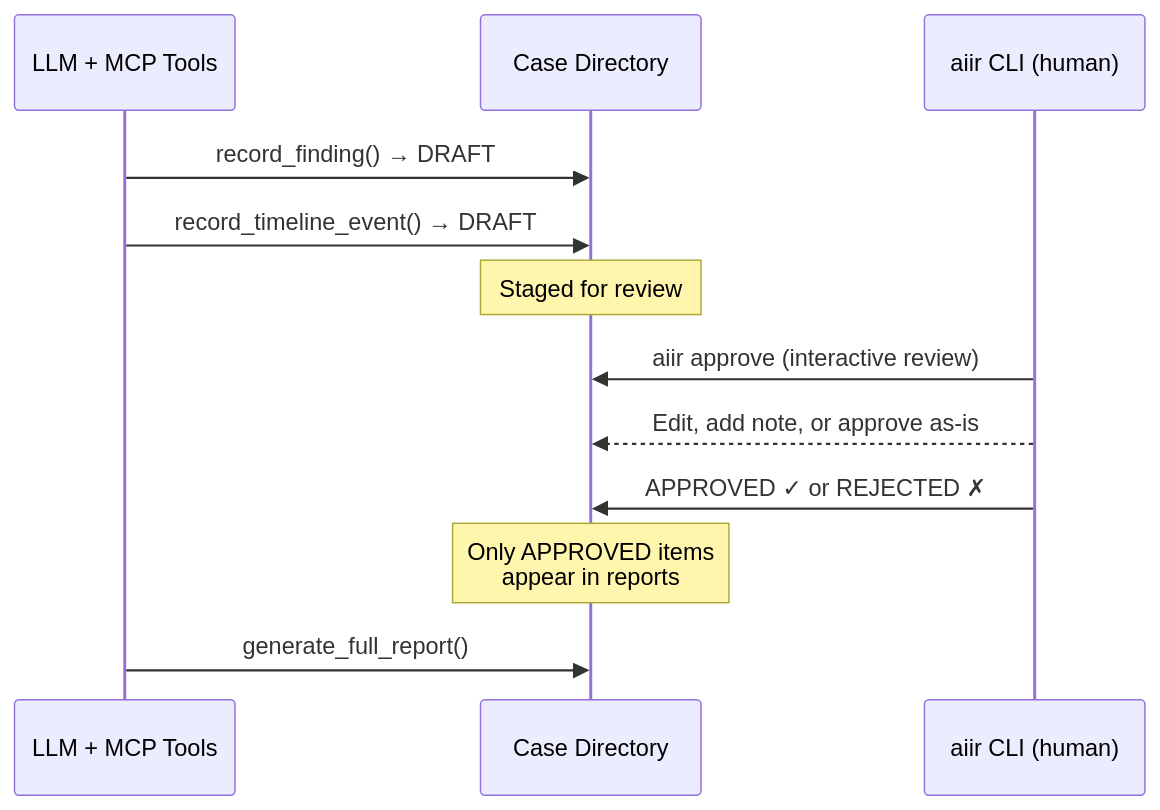
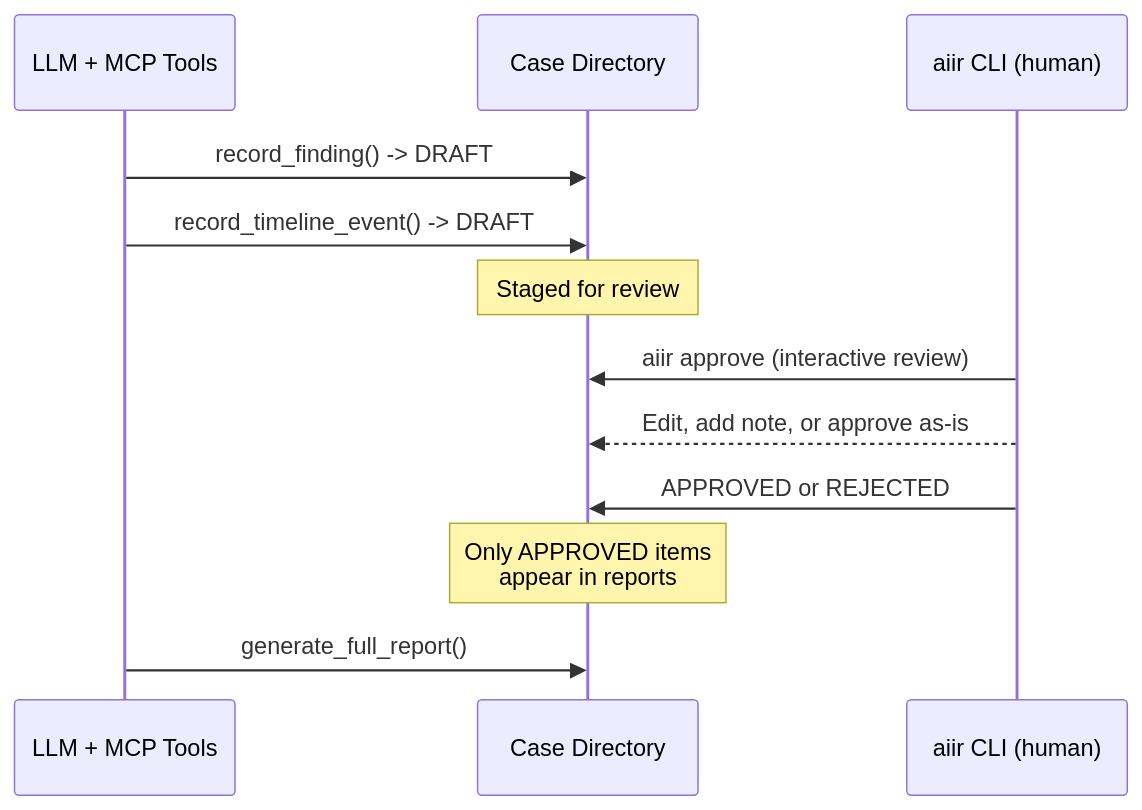
Before and after one commit to AppliedIR/aiir: the fifth of 5 diagrams in README.md, drawn with Mermaid. The commit also changed other lines of this file and 1 other file, not shown here.

Commit message:
rewrite README and update ARCHITECTURE.md with cross-repo review fixes

````diff
--- a/README.md
+++ b/README.md
@@ -200,17 +198,17 @@
 ```mermaid
 sequenceDiagram
     participant AI as LLM + MCP Tools
     participant Case as Case Directory
     participant Human as aiir CLI (human)
 
-    AI->>Case: record_finding() → DRAFT
-    AI->>Case: record_timeline_event() → DRAFT
+    AI->>Case: record_finding() -> DRAFT
+    AI->>Case: record_timeline_event() -> DRAFT
     Note over Case: Staged for review
 
     Human->>Case: aiir approve (interactive review)
     Human-->>Case: Edit, add note, or approve as-is
-    Human->>Case: APPROVED ✓ or REJECTED ✗
+    Human->>Case: APPROVED or REJECTED
 
     Note over Case: Only APPROVED items<br/>appear in reports
     AI->>Case: generate_full_report()
 ```
````
